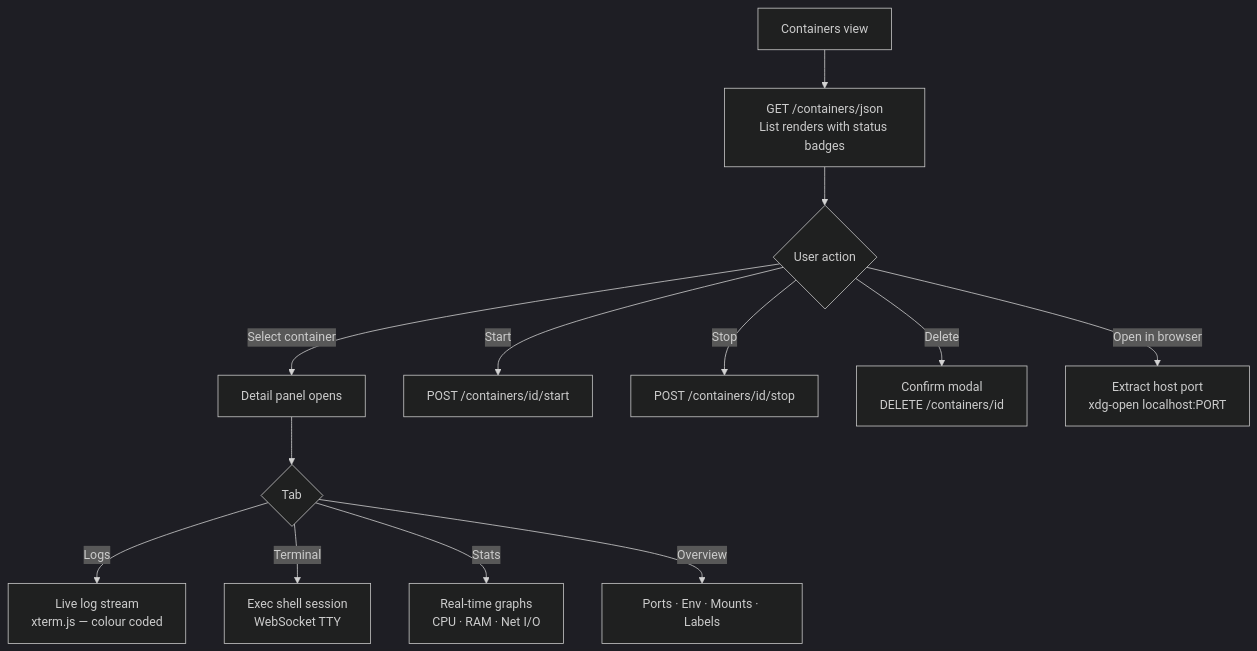
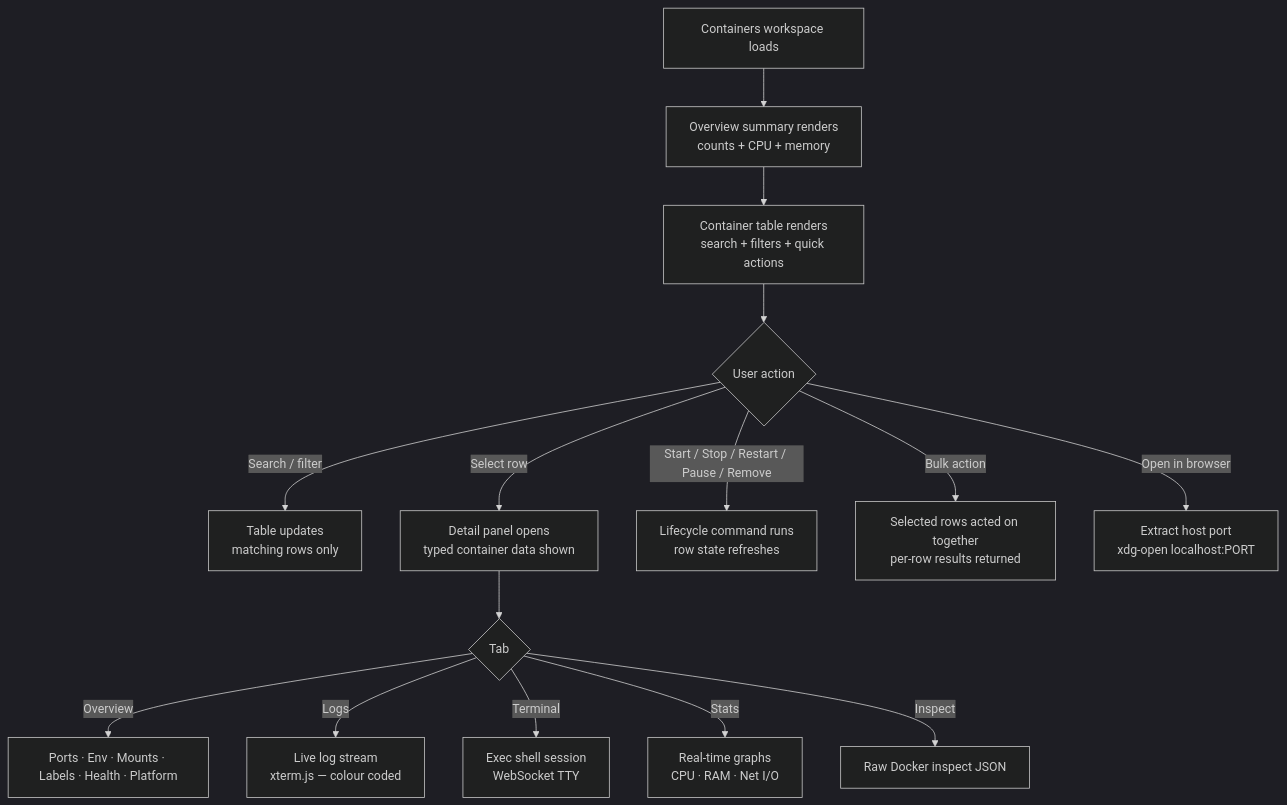
The third of 6 diagrams in docs/Requirements/PRD.md (cm-collins/dockerlens), drawn with Mermaid (dark theme) before and after one commit. The commit also changed other lines of this file and 2 other files, not shown here.

First line of the commit message:
Enhance container management features in PRD and TRD

````diff
--- a/docs/Requirements/PRD.md
+++ b/docs/Requirements/PRD.md
@@ -401,15 +412,17 @@
 ```mermaid
 flowchart TD
-    A["Containers view"] --> B["GET /containers/json\nList renders with status badges"]
-    B --> C{"User action"}
-    C -->|"Select container"| D["Detail panel opens"]
-    D --> E{"Tab"}
-    E -->|"Logs"| F["Live log stream\nxterm.js — colour coded"]
-    E -->|"Terminal"| G["Exec shell session\nWebSocket TTY"]
-    E -->|"Stats"| H["Real-time graphs\nCPU · RAM · Net I/O"]
-    E -->|"Overview"| I["Ports · Env · Mounts · Labels"]
-    C -->|"Start"| J["POST /containers/id/start"]
-    C -->|"Stop"| K["POST /containers/id/stop"]
-    C -->|"Delete"| L["Confirm modal\nDELETE /containers/id"]
-    C -->|"Open in browser"| M["Extract host port\nxdg-open localhost:PORT"]
+    A["Containers workspace loads"] --> B["Overview summary renders\ncounts + CPU + memory"]
+    B --> C["Container table renders\nsearch + filters + quick actions"]
+    C --> D{"User action"}
+    D -->|"Search / filter"| E["Table updates\nmatching rows only"]
+    D -->|"Select row"| F["Detail panel opens\ntyped container data shown"]
+    F --> G{"Tab"}
+    G -->|"Overview"| H["Ports · Env · Mounts · Labels · Health · Platform"]
+    G -->|"Logs"| I["Live log stream\nxterm.js — colour coded"]
+    G -->|"Terminal"| J["Exec shell session\nWebSocket TTY"]
+    G -->|"Stats"| K["Real-time graphs\nCPU · RAM · Net I/O"]
+    G -->|"Inspect"| L["Raw Docker inspect JSON"]
+    D -->|"Start / Stop / Restart / Pause / Remove"| M["Lifecycle command runs\nrow state refreshes"]
+    D -->|"Bulk action"| N["Selected rows acted on together\nper-row results returned"]
+    D -->|"Open in browser"| O["Extract host port\nxdg-open localhost:PORT"]
 ```
````
